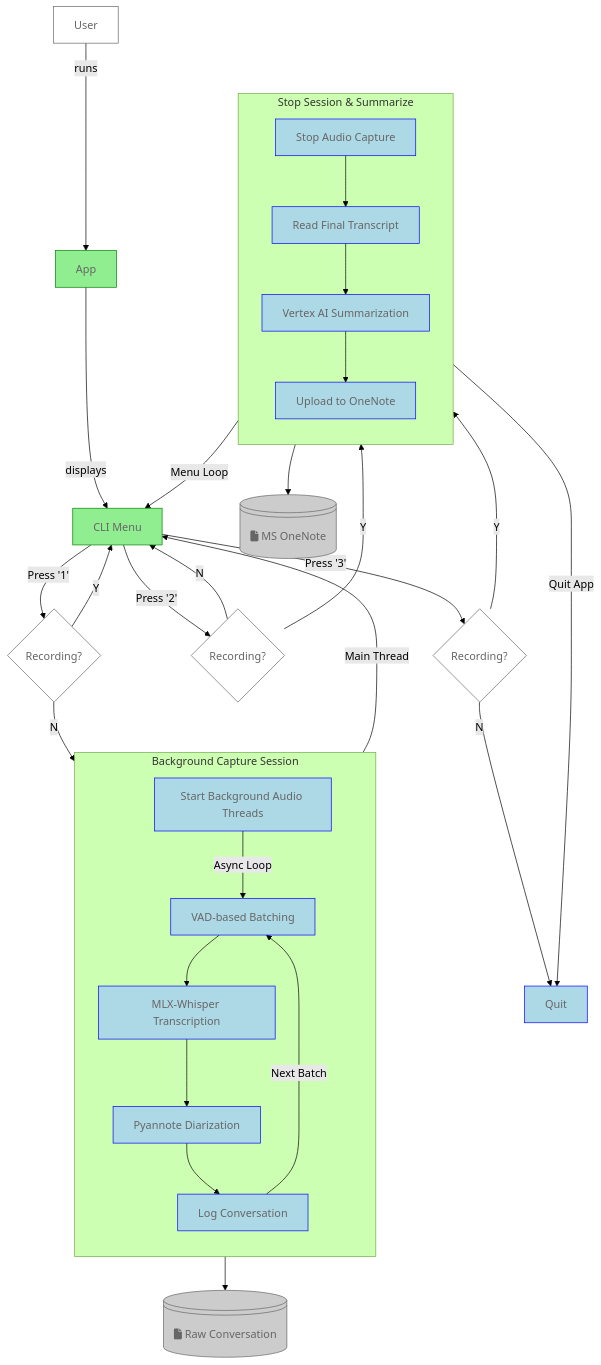
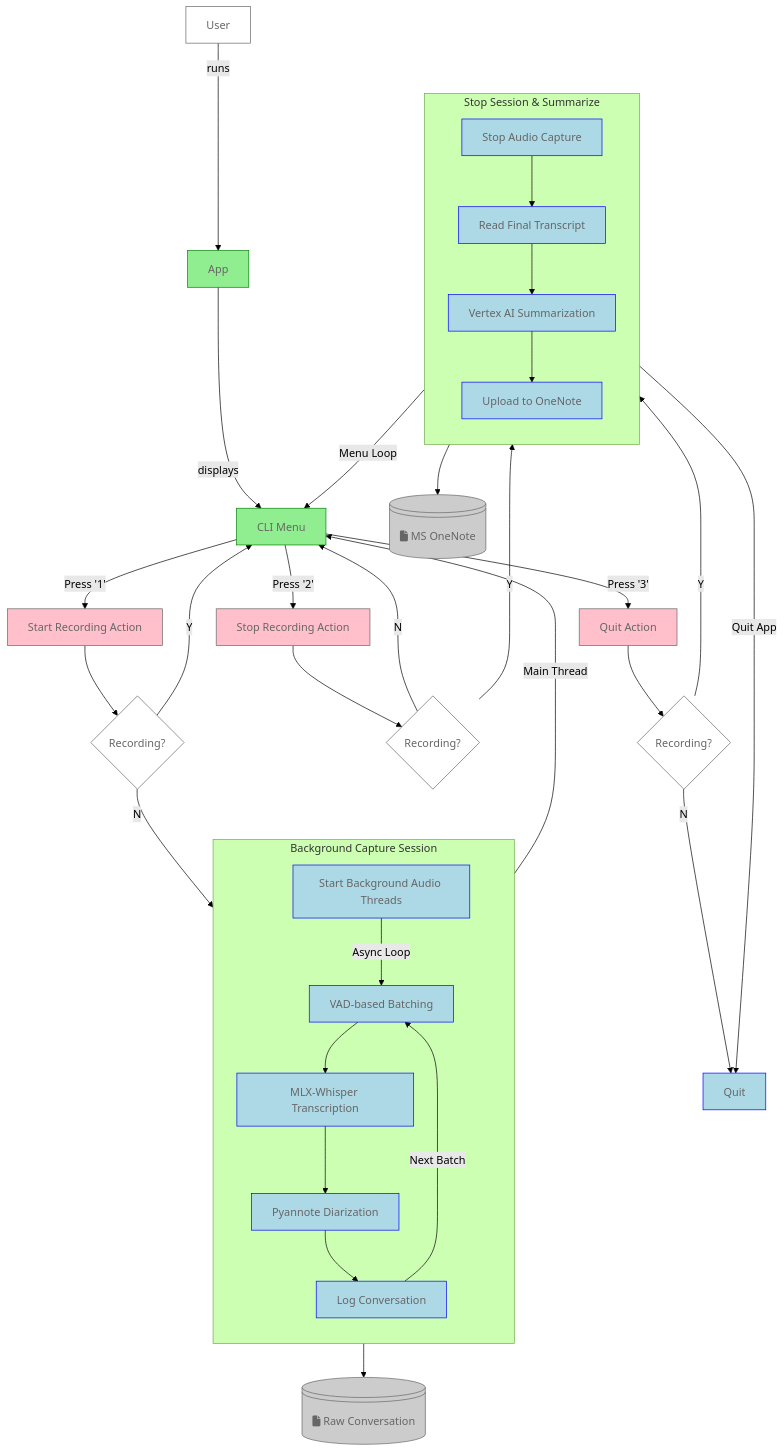
Before and after one commit to choonchernlim/you-talk-too-much-app: the diagram in README.md, drawn with Mermaid (forest theme).

Commit message:
feat: enhance flowchart in README with additional action options for clarity

````diff
--- a/README.md
+++ b/README.md
@@ -26,61 +26,69 @@
 ```mermaid
 flowchart TD
    A[User]:::defClass
    APP[App]:::appClass
    MENU[CLI Menu]:::appClass
+   OPT1[Start Recording Action]:::optClass
+   OPT2[Stop Recording Action]:::optClass
+   OPT3[Quit Action]:::optClass
+
+   FILESYSTEM:::artifactClass@{ shape: lin-cyl, label: "fa:fa-file Raw Conversation" }
+   ONENOTE:::artifactClass@{ shape: lin-cyl, label: "fa:fa-file MS OneNote" }
 
    subgraph CaptureProcess[Background Capture Session]
        direction TB
        STEP1A[Start Background Audio Threads]:::toolClass
        STEP1B[VAD-based Batching]:::toolClass
        STEP1C[MLX-Whisper Transcription]:::toolClass
        STEP1D[Pyannote Diarization]:::toolClass
        STEP1E[Log Conversation]:::toolClass
    end
 
    subgraph StopProcess[Stop Session & Summarize]
        direction TB
        STEP2A[Stop Audio Capture]:::toolClass
        STEP2B[Read Final Transcript]:::toolClass
        STEP2C[Vertex AI Summarization]:::toolClass
        STEP2D[Upload to OneNote]:::toolClass
    end
 
-   FILESYSTEM:::artifactClass@{ shape: lin-cyl, label: "fa:fa-file Raw Conversation" }
-   ONENOTE:::artifactClass@{ shape: lin-cyl, label: "fa:fa-file MS OneNote" }
 
    A -- runs --> APP
    APP -- displays --> MENU
 
-   MENU -- Press '1' --> DEC1{Recording?}:::defClass
+   MENU -- Press '1' --> OPT1
+   OPT1 --> DEC1{Recording?}:::defClass
    DEC1 -- Y --> MENU
    DEC1 -- N --> STEP1A
    STEP1A -- Main Thread --> MENU
    STEP1A -- Async Loop --> STEP1B
    STEP1B --> STEP1C
    STEP1C --> STEP1D
    STEP1D --> STEP1E
    STEP1E --> FILESYSTEM
    STEP1E -- Next Batch --> STEP1B
 
-   MENU -- Press '2' --> DEC2{Recording?}:::defClass
+   MENU -- Press '2' --> OPT2
+   OPT2 --> DEC2{Recording?}:::defClass
    DEC2 -- N --> MENU
    DEC2 -- Y --> STEP2A
 
    STEP2A --> STEP2B
    STEP2B --> STEP2C
    STEP2C --> STEP2D
    STEP2D --> ONENOTE
 
    STEP2D -- Menu Loop --> MENU
 
-   MENU -- Press '3' --> DEC3{Recording?}:::defClass
+   MENU -- Press '3' --> OPT3
+   OPT3 --> DEC3{Recording?}:::defClass
    DEC3 -- Y --> STEP2A
    DEC3 -- N --> STEP3A[Quit]:::toolClass
    STEP2D -- Quit App --> STEP3A
 
    classDef defClass fill:#FFFFFF,stroke:#666666,color:#666666
+   classDef optClass fill:pink,stroke:#666666,color:#666666
    classDef appClass fill:lightgreen,stroke:green,color:#666666
    classDef toolClass fill:lightblue,stroke:blue,color:#666666
    classDef artifactClass fill:#CCCCCC,stroke:#666666,color:#666666
 ```
````
